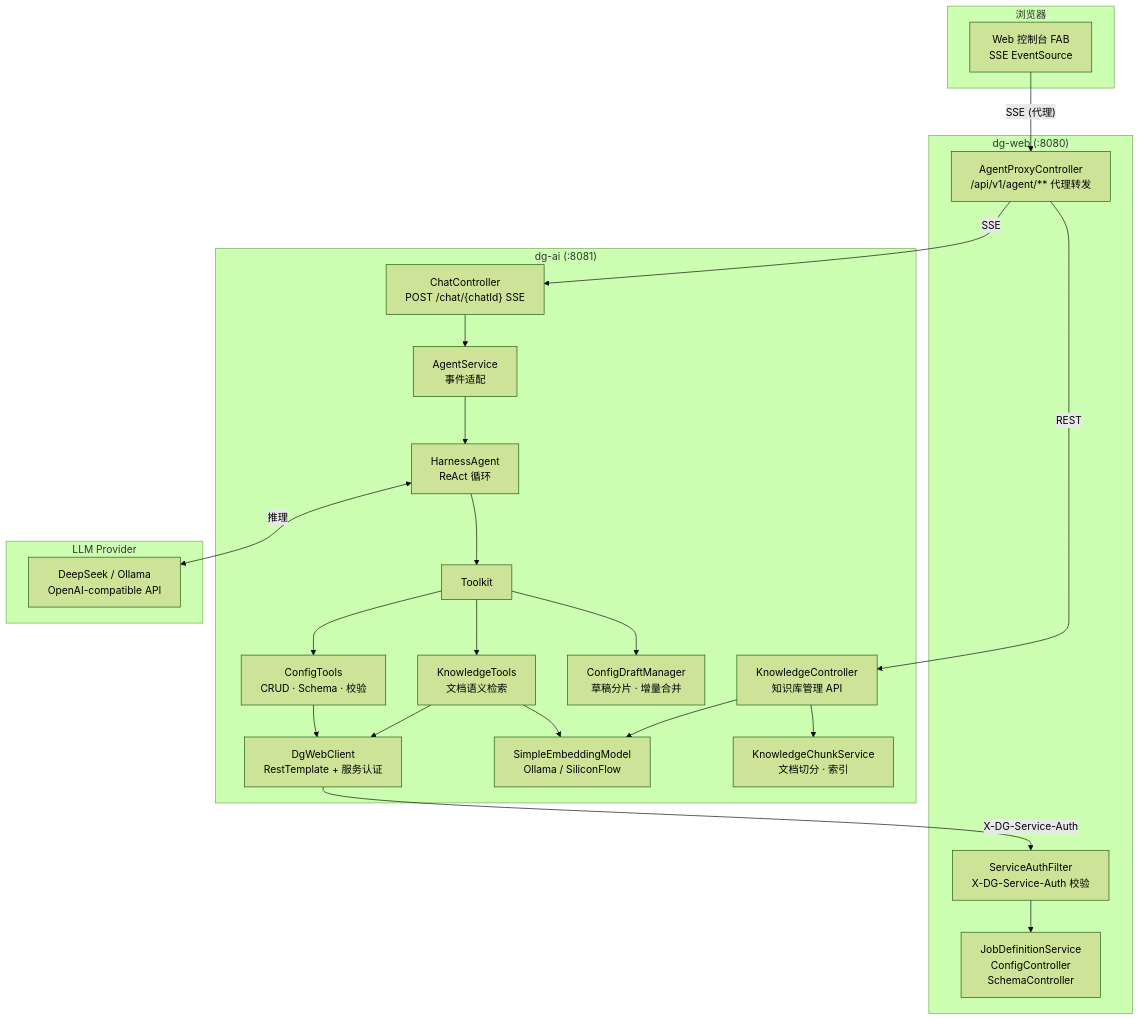
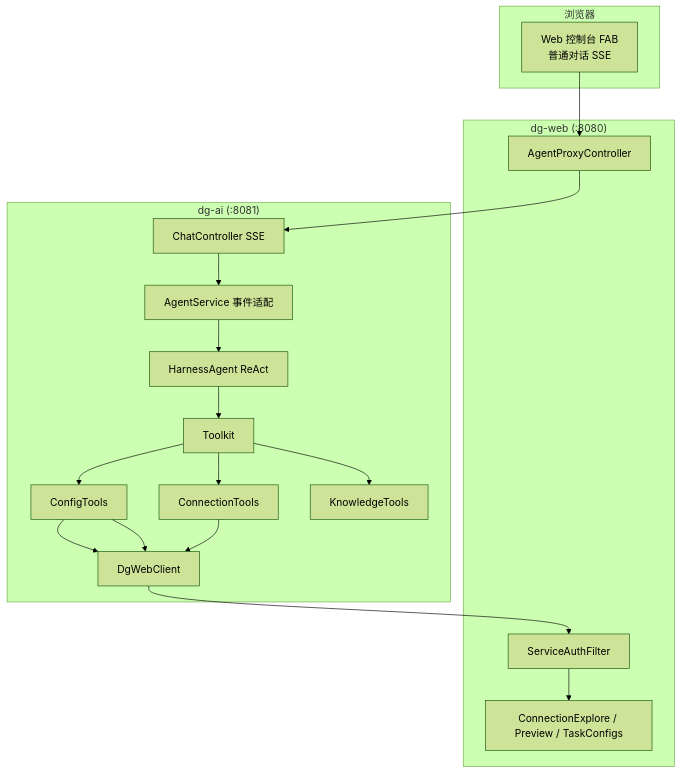
One commit to sleetzxy/data-generator changed the diagram in dg-ai/README.md. Above: the diagram before and after it, drawn with Mermaid (forest theme). The commit also changed other lines of this file and 73 other files, not shown here.

First line of the commit message:
feat: 连接探查、LLM-first Agent 与预览卡约定

````diff
--- a/dg-ai/README.md
+++ b/dg-ai/README.md
@@ -56,48 +20,30 @@
 ```mermaid
 graph TB
     subgraph 浏览器
-        FE["Web 控制台 FAB<br/>SSE EventSource"]
+        FE["Web 控制台 FAB<br/>普通对话 SSE"]
     end
 
     subgraph dg-web["dg-web (:8080)"]
-        PROXY["AgentProxyController<br/>/api/v1/agent/** 代理转发"]
-        SVC["JobDefinitionService<br/>ConfigController<br/>SchemaController"]
-        AUTH["ServiceAuthFilter<br/>X-DG-Service-Auth 校验"]
+        PROXY["AgentProxyController"]
+        CONN["ConnectionExplore / Preview / TaskConfigs"]
+        AUTH["ServiceAuthFilter"]
     end
 
     subgraph dg-ai["dg-ai (:8081)"]
-        CTRL["ChatController<br/>POST /chat/{chatId} SSE"]
-        KCTRL["KnowledgeController<br/>知识库管理 API"]
-        ASVC["AgentService<br/>事件适配"]
-        HA["HarnessAgent<br/>ReAct 循环"]
+        CTRL["ChatController SSE"]
+        ASVC["AgentService 事件适配"]
+        HA["HarnessAgent ReAct"]
         TK["Toolkit"]
-        CT["ConfigTools<br/>CRUD · Schema · 校验"]
-        KT["KnowledgeTools<br/>文档语义检索"]
-        CDM["ConfigDraftManager<br/>草稿分片 · 增量合并"]
-        EMB["SimpleEmbeddingModel<br/>Ollama / SiliconFlow"]
-        KCS["KnowledgeChunkService<br/>文档切分 · 索引"]
-        DWC["DgWebClient<br/>RestTemplate + 服务认证"]
+        CT["ConfigTools"]
+        CNT["ConnectionTools"]
+        KT["KnowledgeTools"]
+        DWC["DgWebClient"]
     end
 
-    subgraph LLM["LLM Provider"]
-        MODEL["DeepSeek / Ollama<br/>OpenAI-compatible API"]
-    end
-
-    FE -->|"SSE (代理)"| PROXY
-    PROXY -->|"SSE"| CTRL
-    PROXY -->|"REST"| KCTRL
-    CTRL --> ASVC
-    ASVC --> HA
-    HA <-->|"推理"| MODEL
+    FE --> PROXY --> CTRL --> ASVC --> HA
     HA --> TK
-    TK --> CT
-    TK --> KT
-    TK --> CDM
+    TK --> CT & CNT & KT
     CT --> DWC
-    KT --> DWC
-    KT --> EMB
-    KCTRL --> EMB
-    KCTRL --> KCS
-    DWC -->|"X-DG-Service-Auth"| AUTH
-    AUTH --> SVC
+    CT & CNT --> DWC
+    DWC --> AUTH --> CONN
 ```
````
